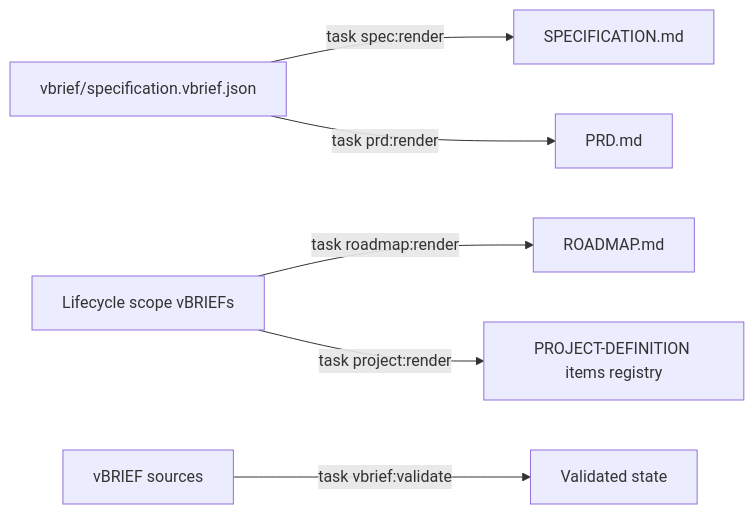
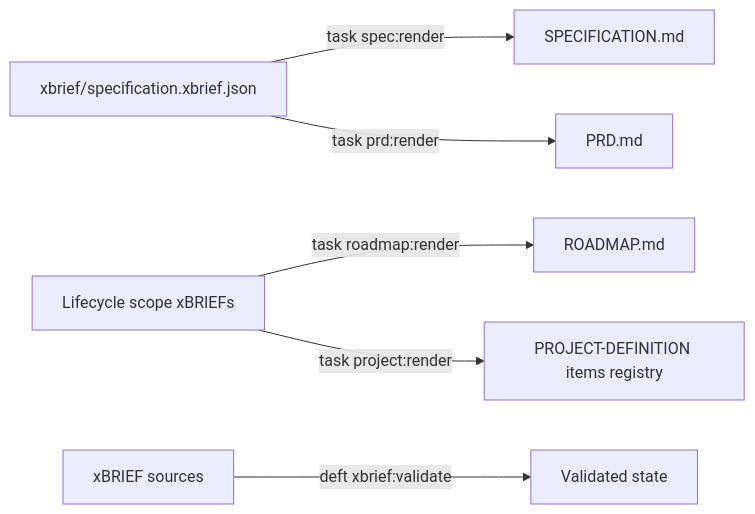
The third of 5 diagrams in content/commands.md (dbcall2/directive), drawn with Mermaid before and after one commit. The commit also changed other lines of this file and 44 other files, not shown here.

````diff
--- a/content/commands.md
+++ b/content/commands.md
@@ -134,8 +139,8 @@
 ```mermaid
 flowchart LR
-    Spec["vbrief/specification.vbrief.json"] -->|"task spec:render"| SpecMD["SPECIFICATION.md"]
+    Spec["xbrief/specification.xbrief.json"] -->|"task spec:render"| SpecMD["SPECIFICATION.md"]
     Spec -->|"task prd:render"| PRD["PRD.md"]
-    Scopes["Lifecycle scope vBRIEFs"] -->|"task roadmap:render"| Roadmap["ROADMAP.md"]
+    Scopes["Lifecycle scope xBRIEFs"] -->|"task roadmap:render"| Roadmap["ROADMAP.md"]
     Scopes -->|"task project:render"| Project["PROJECT-DEFINITION items registry"]
-    Sources["vBRIEF sources"] -->|"task vbrief:validate"| Gate["Validated state"]
+    Sources["xBRIEF sources"] -->|"deft xbrief:validate"| Gate["Validated state"]
 ```
````
